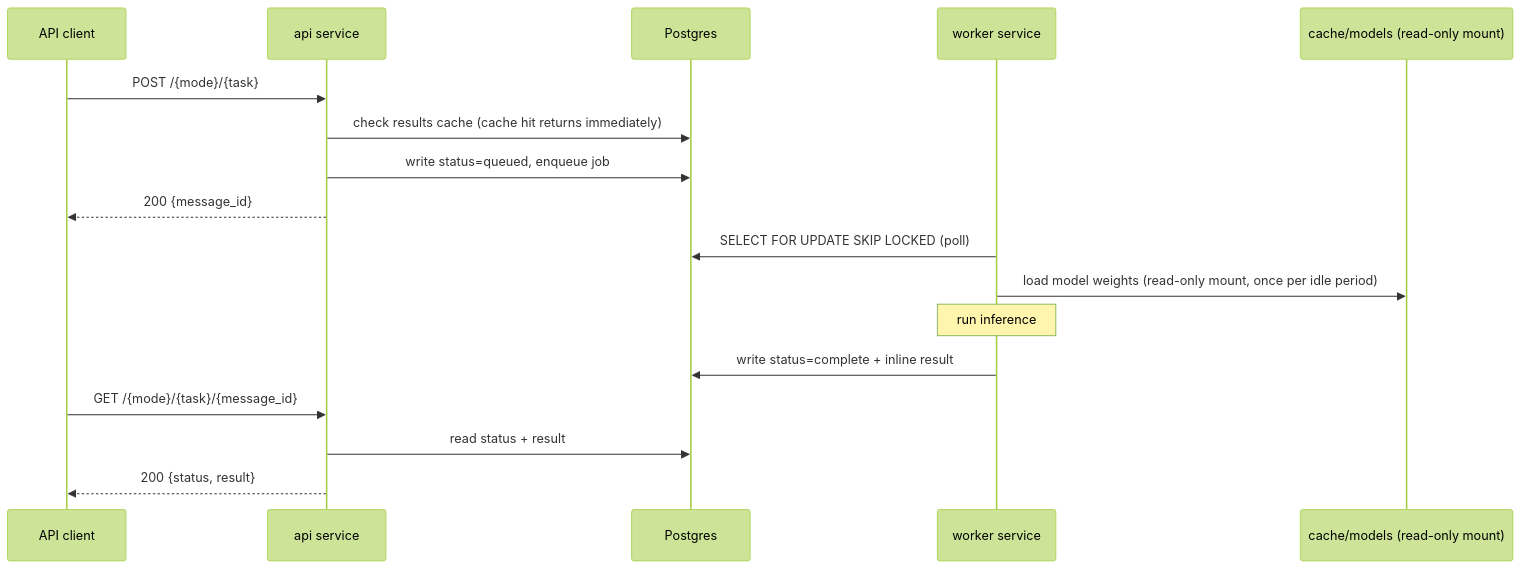
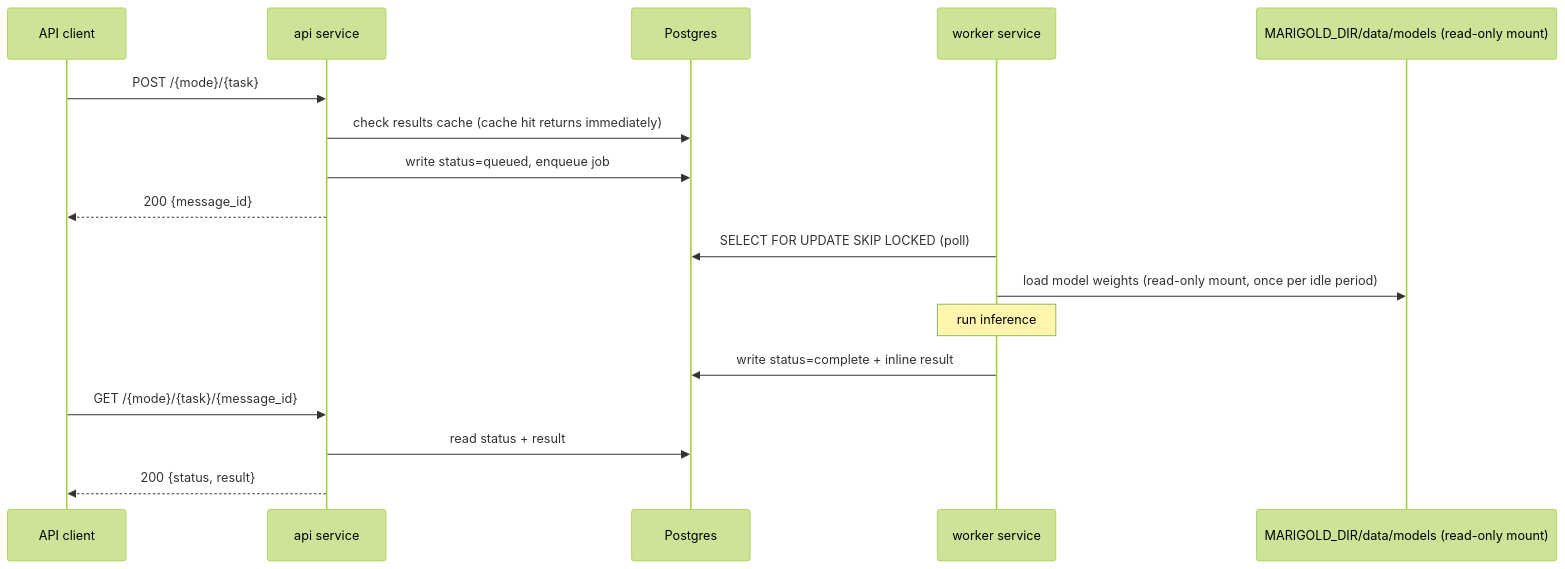
One commit to bayinfosys/marigold changed the second of 2 diagrams in README.md. Above: the diagram before and after it, drawn with Mermaid (forest theme). The commit also changed other lines of this file and 16 other files, not shown here.

````diff
--- a/README.md
+++ b/README.md
@@ -64,22 +73,22 @@
 ```mermaid
 sequenceDiagram
     participant C as API client
     participant A as api service
     participant P as Postgres
     participant W as worker service
-    participant M as cache/models (read-only mount)
+    participant M as MARIGOLD_DIR/data/models (read-only mount)
 
     C->>A: POST /{mode}/{task}
     A->>P: check results cache (cache hit returns immediately)
     A->>P: write status=queued, enqueue job
     A-->>C: 200 {message_id}
 
     W->>P: SELECT FOR UPDATE SKIP LOCKED (poll)
     W->>M: load model weights (read-only mount, once per idle period)
     Note over W: run inference
     W->>P: write status=complete + inline result
 
     C->>A: GET /{mode}/{task}/{message_id}
     A->>P: read status + result
     A-->>C: 200 {status, result}
 ```
````
